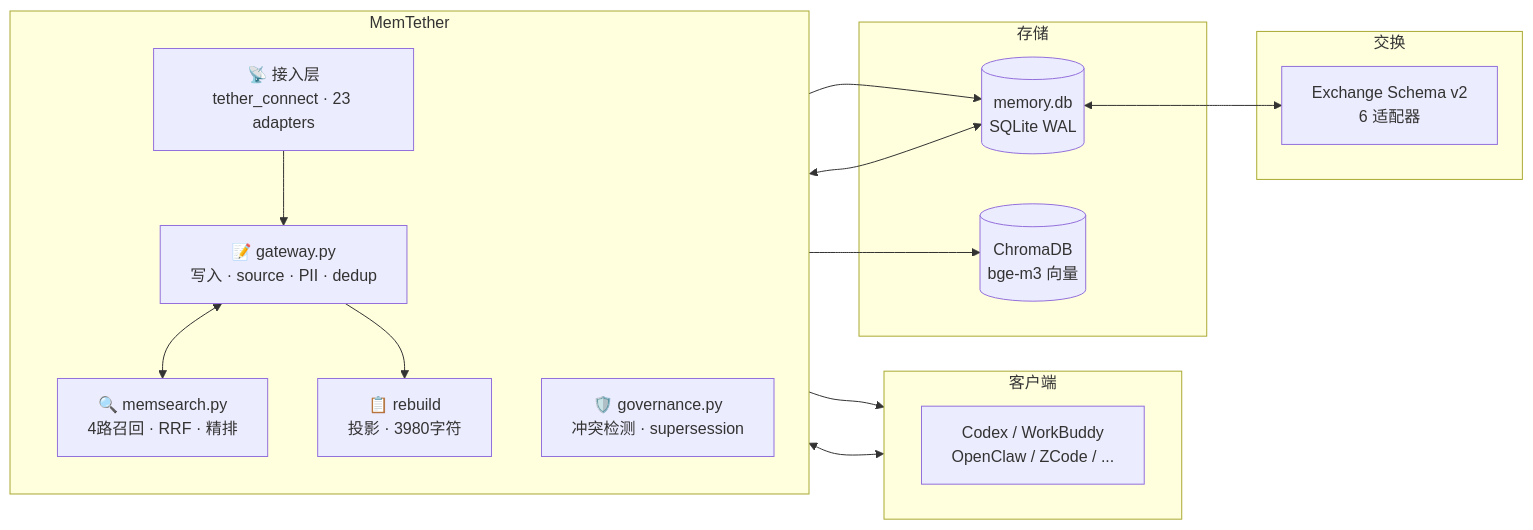
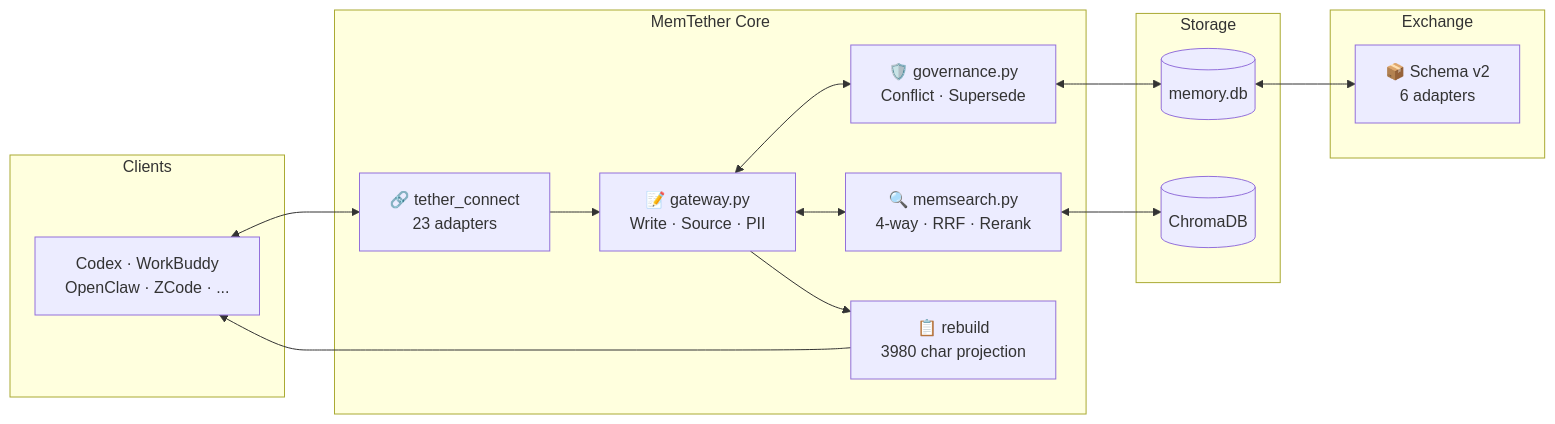
One commit to MemTether/MemTether changed the diagram in README.md. Above: the diagram before and after it, drawn with Mermaid.

Commit message:
docs(README): Mermaid diagram with emoji labels and LR layout

````diff
--- a/README.md
+++ b/README.md
@@ -87,35 +87,29 @@
 ```mermaid
 graph LR
-    subgraph 客户端
-        direction LR
-        A["Codex / WorkBuddy<br/>OpenClaw / ZCode / ..."]
+    subgraph Clients
+        A["Codex · WorkBuddy<br/>OpenClaw · ZCode · ..."]
     end
 
-    subgraph MemTether
-        direction TB
-        B["📡 接入层<br/>tether_connect · 23 adapters"]
-        C["📝 gateway.py<br/>写入 · source · PII · dedup"]
-        D["🔍 memsearch.py<br/>4路召回 · RRF · 精排"]
-        E["🛡️ governance.py<br/>冲突检测 · supersession"]
-        F["📋 rebuild<br/>投影 · 3980字符"]
+    subgraph MemTether Core
+        B["🔗 tether_connect<br/>23 adapters"]
+        C["📝 gateway.py<br/>Write · Source · PII"]
+        D["🔍 memsearch.py<br/>4-way · RRF · Rerank"]
+        E["🛡️ governance.py<br/>Conflict · Supersede"]
+        F["📋 rebuild<br/>3980 char projection"]
     end
 
-    subgraph 存储
-        I[("memory.db<br/>SQLite WAL")]
-        J[("ChromaDB<br/>bge-m3 向量")]
+    subgraph Storage
+        I[("memory.db")]
+        J[("ChromaDB")]
     end
 
-    subgraph 交换
-        H["Exchange Schema v2<br/>6 适配器"]
+    subgraph Exchange
+        H["📦 Schema v2<br/>6 adapters"]
     end
 
-    A <--> B
-    B --> C
-    C --> I
-    C <--> D
-    D --> J
-    E <--> I
-    C --> F
-    F --> A
+    A <--> B --> C
+    C <--> D <--> J
+    C <--> E <--> I
+    C --> F --> A
     I <--> H
 ```
````
